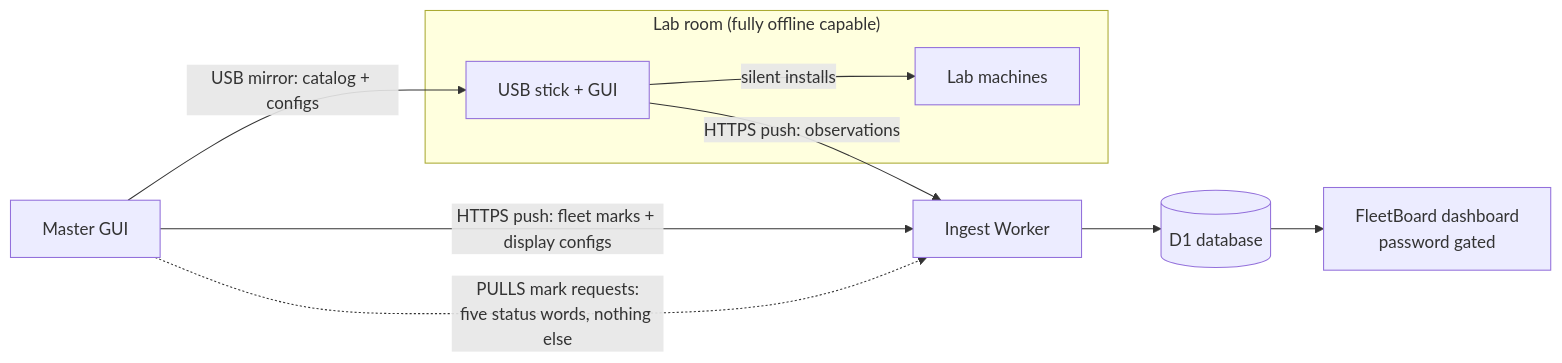
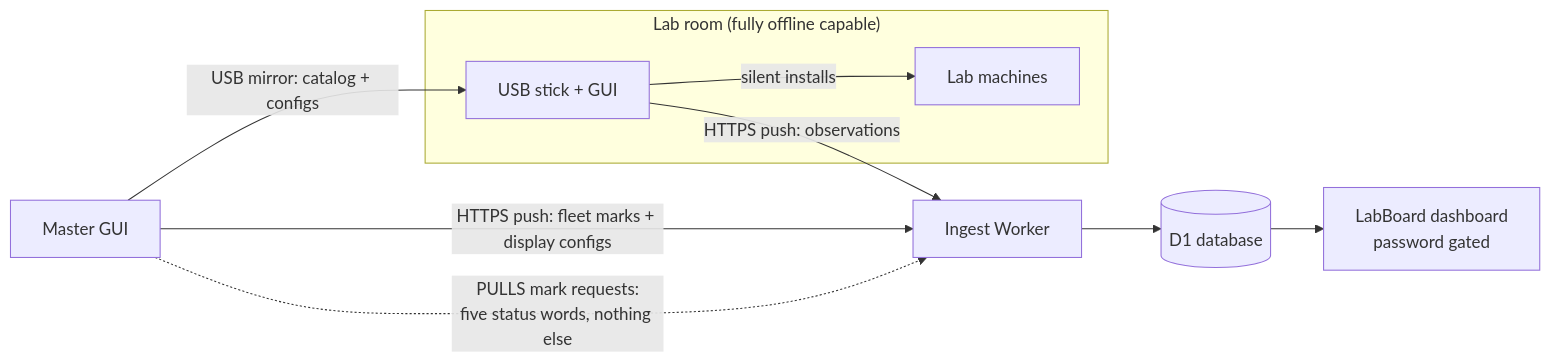
One commit to ITakeCake/LabLifter changed the diagram in README.md. Above: the diagram before and after it, drawn with Mermaid. The commit also changed other lines of this file and 3 other files, not shown here.

Commit message:
Companion rename: FleetBoard is now LabBoard

````diff
--- a/README.md
+++ b/README.md
@@ -58,12 +58,12 @@
 ```mermaid
 flowchart LR
     subgraph Lab["Lab room (fully offline capable)"]
         S[USB stick + GUI] -->|silent installs| M[Lab machines]
     end
     MG[Master GUI] -->|USB mirror: catalog + configs| S
     S -->|HTTPS push: observations| W[Ingest Worker]
     MG -->|HTTPS push: fleet marks + display configs| W
     W --> D[(D1 database)]
-    D --> P[FleetBoard dashboard<br>password gated]
+    D --> P[LabBoard dashboard<br>password gated]
     MG -.->|PULLS mark requests:<br>five status words, nothing else| W
 ```
````
